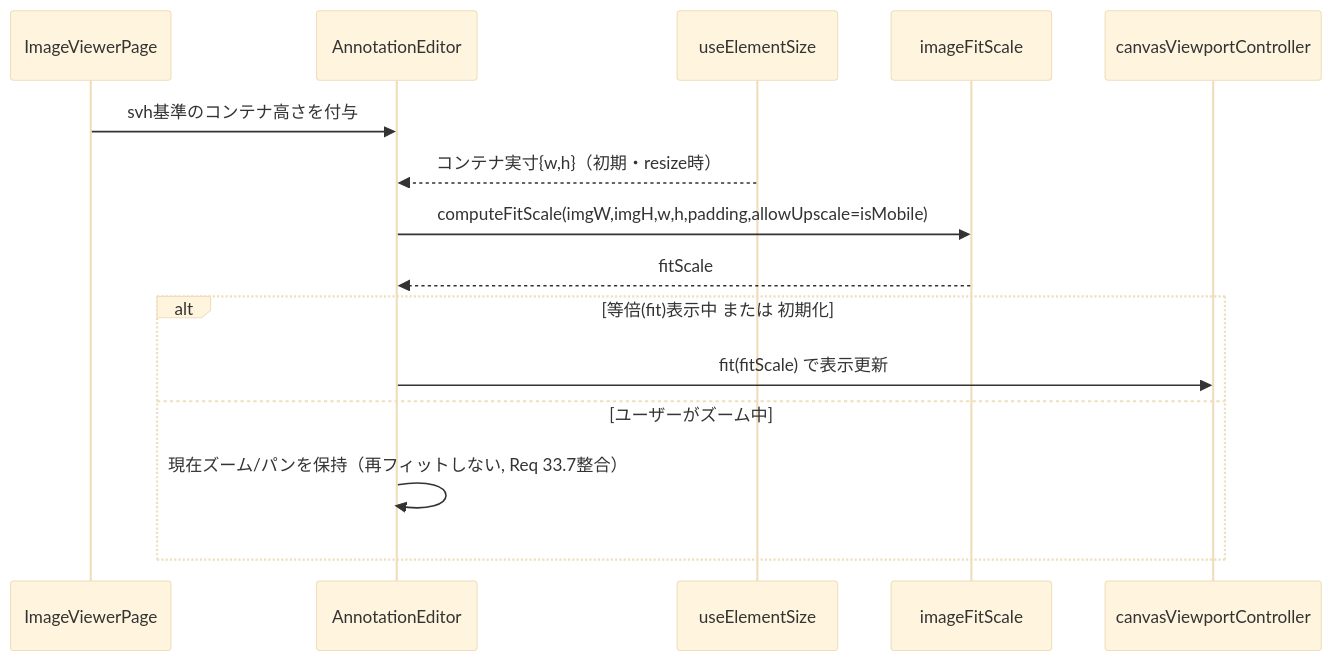
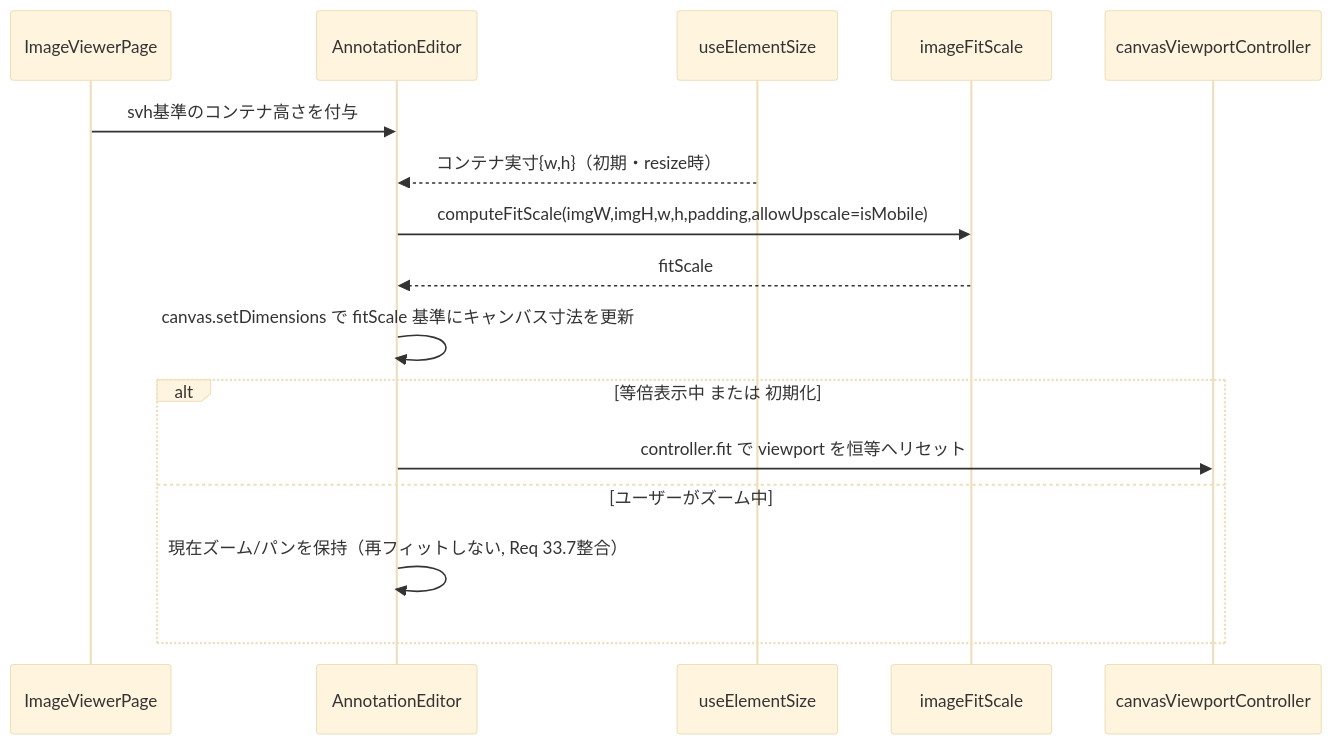
Before and after one commit to inakanou/ArchiTrack: diagram 25 of 26 in .kiro/specs/site-survey/design.md, drawn with Mermaid (base theme). The commit also changed other lines of this file, not shown here.

````diff
--- a/.kiro/specs/site-survey/design.md
+++ b/.kiro/specs/site-survey/design.md
@@ -6036,17 +6038,18 @@
 ```mermaid
 sequenceDiagram
     participant Page as ImageViewerPage
     participant Cmp as AnnotationEditor
     participant Sz as useElementSize
     participant Fit as imageFitScale
     participant Ctl as canvasViewportController
     Page->>Cmp: svh基準のコンテナ高さを付与
     Sz-->>Cmp: コンテナ実寸{w,h}（初期・resize時）
     Cmp->>Fit: computeFitScale(imgW,imgH,w,h,padding,allowUpscale=isMobile)
     Fit-->>Cmp: fitScale
-    alt 等倍(fit)表示中 または 初期化
-        Cmp->>Ctl: fit(fitScale) で表示更新
+    Cmp->>Cmp: canvas.setDimensions で fitScale 基準にキャンバス寸法を更新
+    alt 等倍表示中 または 初期化
+        Cmp->>Ctl: controller.fit で viewport を恒等へリセット
     else ユーザーがズーム中
         Cmp->>Cmp: 現在ズーム/パンを保持（再フィットしない, Req 33.7整合）
     end
 ```
````
